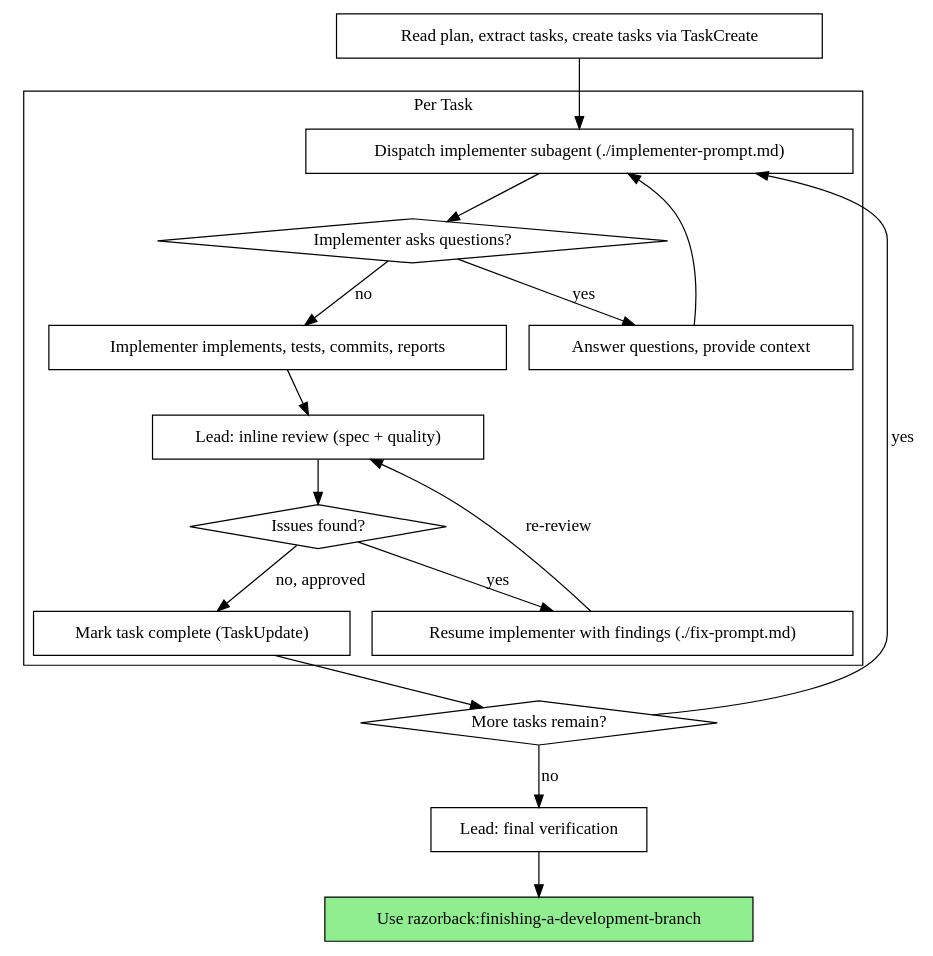
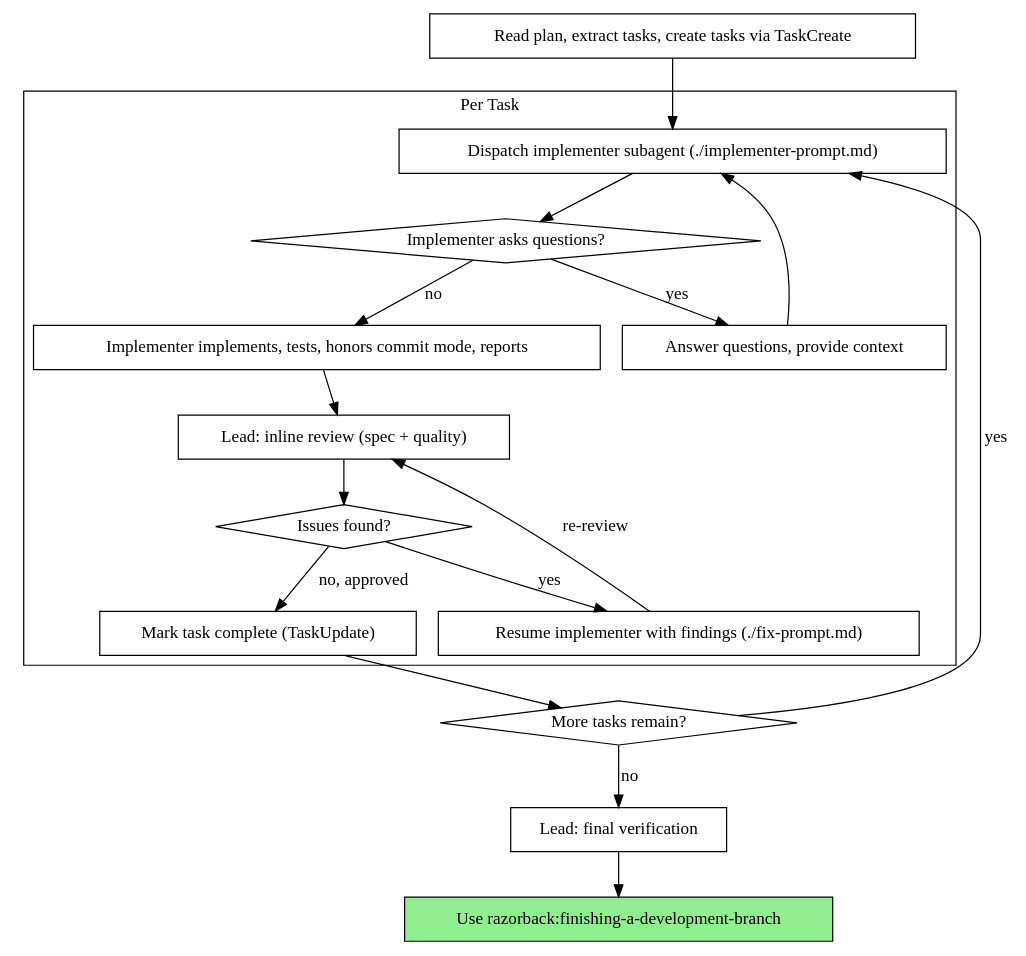
The second of 2 diagrams in skills/subagent-driven-development/SKILL.md (anortham/razorback), drawn with Graphviz before and after one commit. The commit also changed other lines of this file and 20 other files, not shown here.

````diff
--- a/skills/subagent-driven-development/SKILL.md
+++ b/skills/subagent-driven-development/SKILL.md
@@ -55,37 +55,37 @@
 ```dot
 digraph process {
     rankdir=TB;
 
     subgraph cluster_per_task {
         label="Per Task";
         "Dispatch implementer subagent (./implementer-prompt.md)" [shape=box];
         "Implementer asks questions?" [shape=diamond];
         "Answer questions, provide context" [shape=box];
-        "Implementer implements, tests, commits, reports" [shape=box];
+        "Implementer implements, tests, honors commit mode, reports" [shape=box];
         "Lead: inline review (spec + quality)" [shape=box];
         "Issues found?" [shape=diamond];
         "Resume implementer with findings (./fix-prompt.md)" [shape=box];
         "Mark task complete (TaskUpdate)" [shape=box];
     }
 
     "Read plan, extract tasks, create tasks via TaskCreate" [shape=box];
     "More tasks remain?" [shape=diamond];
     "Lead: final verification" [shape=box];
     "Use razorback:finishing-a-development-branch" [shape=box style=filled fillcolor=lightgreen];
 
     "Read plan, extract tasks, create tasks via TaskCreate" -> "Dispatch implementer subagent (./implementer-prompt.md)";
     "Dispatch implementer subagent (./implementer-prompt.md)" -> "Implementer asks questions?";
     "Implementer asks questions?" -> "Answer questions, provide context" [label="yes"];
     "Answer questions, provide context" -> "Dispatch implementer subagent (./implementer-prompt.md)";
-    "Implementer asks questions?" -> "Implementer implements, tests, commits, reports" [label="no"];
-    "Implementer implements, tests, commits, reports" -> "Lead: inline review (spec + quality)";
+    "Implementer asks questions?" -> "Implementer implements, tests, honors commit mode, reports" [label="no"];
+    "Implementer implements, tests, honors commit mode, reports" -> "Lead: inline review (spec + quality)";
     "Lead: inline review (spec + quality)" -> "Issues found?";
     "Issues found?" -> "Resume implementer with findings (./fix-prompt.md)" [label="yes"];
     "Resume implementer with findings (./fix-prompt.md)" -> "Lead: inline review (spec + quality)" [label="re-review"];
     "Issues found?" -> "Mark task complete (TaskUpdate)" [label="no, approved"];
     "Mark task complete (TaskUpdate)" -> "More tasks remain?";
     "More tasks remain?" -> "Dispatch implementer subagent (./implementer-prompt.md)" [label="yes"];
     "More tasks remain?" -> "Lead: final verification" [label="no"];
     "Lead: final verification" -> "Use razorback:finishing-a-development-branch";
 }
 ```
````
